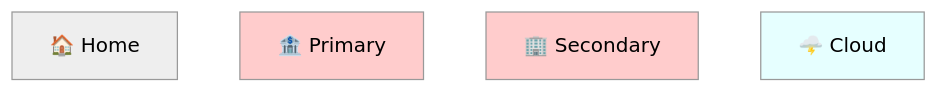
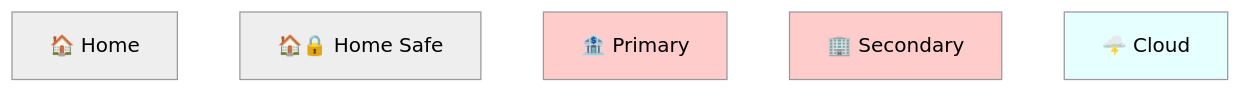
Before and after one commit to BlockchainCommons/SmartCustody: the fourth of 17 diagrams in Docs/Scenario-Multisig.md, drawn with Mermaid (neutral theme).

````diff
--- a/Docs/Scenario-Multisig.md
+++ b/Docs/Scenario-Multisig.md
@@ -195,11 +195,12 @@
 ```mermaid
     graph BT;
     A["🏠 Home"]
-    B["🏦 Primary"]
-    C["🏢 Secondary"]
-    D["🌩️ Cloud"]
+    B["🏠🔒 Home Safe"]
+    C["🏦 Primary"]
+    D["🏢 Secondary"]
+    E["🌩️ Cloud"]
     
-style B fill:#ffcccc;
 style C fill:#ffcccc;
-style D fill:#e6ffff;
+style D fill:#ffcccc;
+style E fill:#e6ffff;
 ```
````
